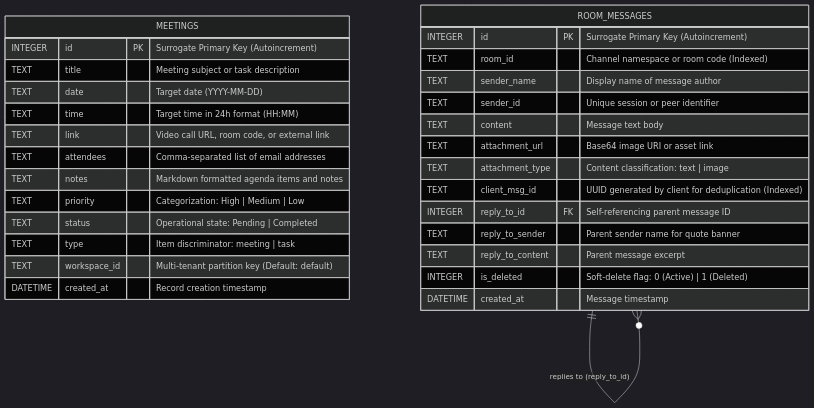
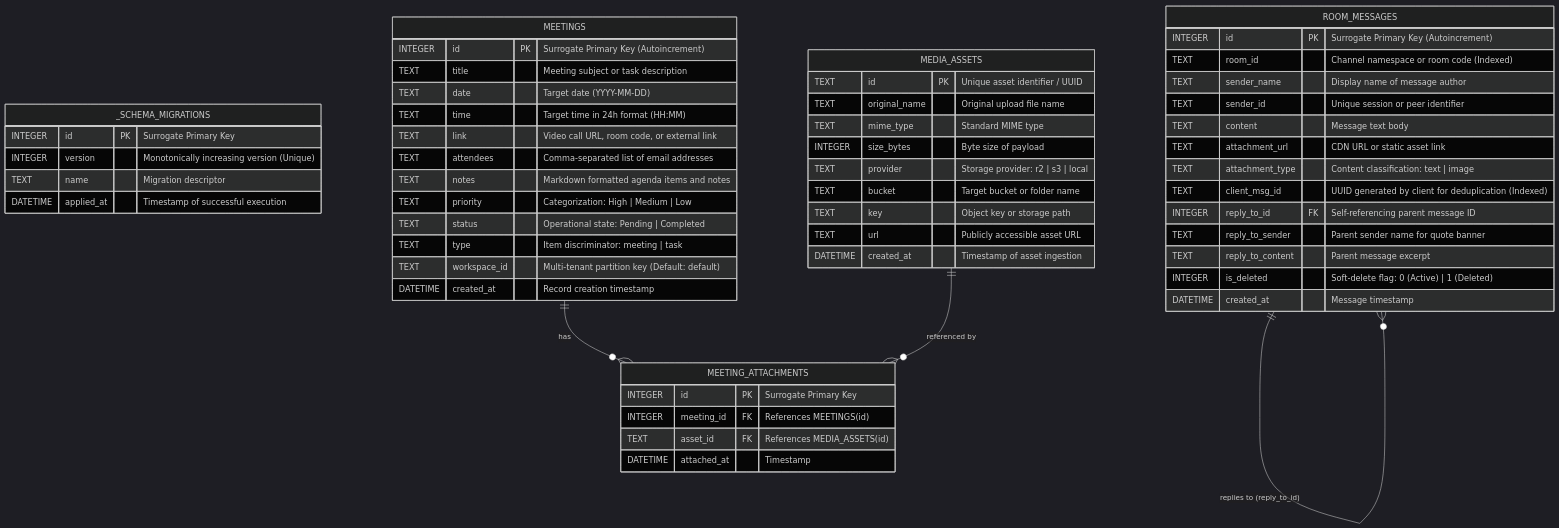
One commit to itssagarK/meetManager changed the second of 15 diagrams in PROJECT_DOCUMENTATION.md. Above: the diagram before and after it, drawn with Mermaid (dark theme). The commit also changed other lines of this file and 8 other files, not shown here.

Commit message:
Cloudflare R2 / S3 Object Storage & Media Offloading

````diff
--- a/PROJECT_DOCUMENTATION.md
+++ b/PROJECT_DOCUMENTATION.md
@@ -274,35 +283,63 @@
 ```mermaid
 erDiagram
+    _SCHEMA_MIGRATIONS {
+        INTEGER id PK "Surrogate Primary Key"
+        INTEGER version "Monotonically increasing version (Unique)"
+        TEXT name "Migration descriptor"
+        DATETIME applied_at "Timestamp of successful execution"
+    }
+
     MEETINGS {
         INTEGER id PK "Surrogate Primary Key (Autoincrement)"
         TEXT title "Meeting subject or task description"
         TEXT date "Target date (YYYY-MM-DD)"
         TEXT time "Target time in 24h format (HH:MM)"
         TEXT link "Video call URL, room code, or external link"
         TEXT attendees "Comma-separated list of email addresses"
         TEXT notes "Markdown formatted agenda items and notes"
         TEXT priority "Categorization: High | Medium | Low"
         TEXT status "Operational state: Pending | Completed"
         TEXT type "Item discriminator: meeting | task"
         TEXT workspace_id "Multi-tenant partition key (Default: default)"
         DATETIME created_at "Record creation timestamp"
     }
 
     ROOM_MESSAGES {
         INTEGER id PK "Surrogate Primary Key (Autoincrement)"
         TEXT room_id "Channel namespace or room code (Indexed)"
         TEXT sender_name "Display name of message author"
         TEXT sender_id "Unique session or peer identifier"
         TEXT content "Message text body"
-        TEXT attachment_url "Base64 image URI or asset link"
+        TEXT attachment_url "CDN URL or static asset link"
         TEXT attachment_type "Content classification: text | image"
         TEXT client_msg_id "UUID generated by client for deduplication (Indexed)"
         INTEGER reply_to_id FK "Self-referencing parent message ID"
         TEXT reply_to_sender "Parent sender name for quote banner"
         TEXT reply_to_content "Parent message excerpt"
         INTEGER is_deleted "Soft-delete flag: 0 (Active) | 1 (Deleted)"
         DATETIME created_at "Message timestamp"
     }
 
+    MEDIA_ASSETS {
+        TEXT id PK "Unique asset identifier / UUID"
+        TEXT original_name "Original upload file name"
+        TEXT mime_type "Standard MIME type"
+        INTEGER size_bytes "Byte size of payload"
+        TEXT provider "Storage provider: r2 | s3 | local"
+        TEXT bucket "Target bucket or folder name"
+        TEXT key "Object key or storage path"
+        TEXT url "Publicly accessible asset URL"
+        DATETIME created_at "Timestamp of asset ingestion"
+    }
+
+    MEETING_ATTACHMENTS {
+        INTEGER id PK "Surrogate Primary Key"
+        INTEGER meeting_id FK "References MEETINGS(id)"
+        TEXT asset_id FK "References MEDIA_ASSETS(id)"
+        DATETIME attached_at "Timestamp"
+    }
+
     ROOM_MESSAGES ||--o{ ROOM_MESSAGES : "replies to (reply_to_id)"
+    MEETINGS ||--o{ MEETING_ATTACHMENTS : "has"
+    MEDIA_ASSETS ||--o{ MEETING_ATTACHMENTS : "referenced by"
 ```
````
